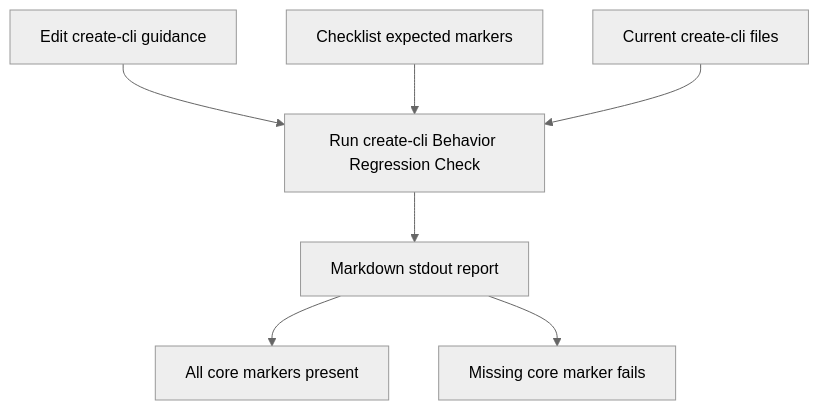
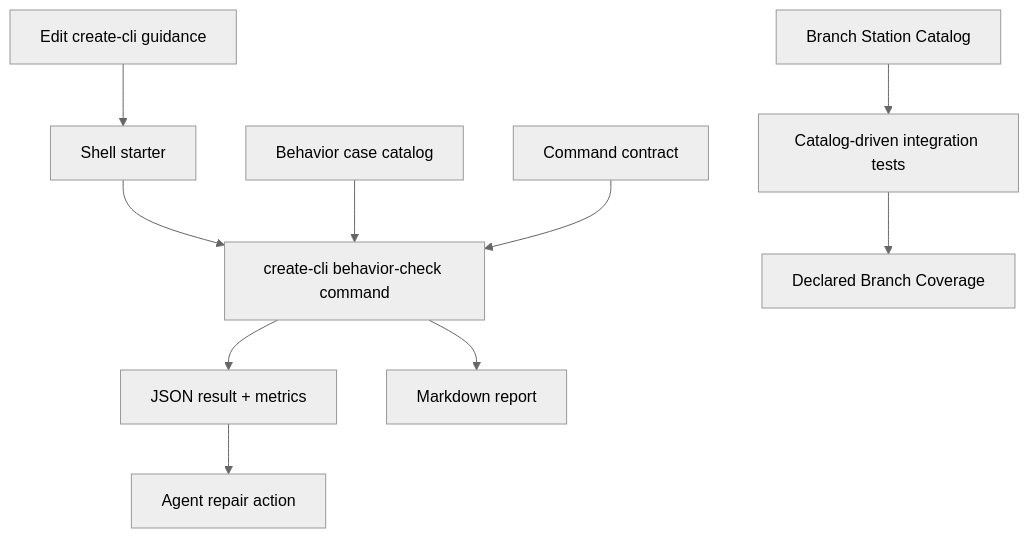
The diagram in docs/plans/2026-06-16-001-feat-create-cli-architecture-deepening-plan.md (nathanvale/claude-code-config), drawn with Mermaid (neutral theme) before and after one commit. The commit also changed other lines of this file and 49 other files, not shown here.

````diff
--- a/docs/plans/2026-06-16-001-feat-create-cli-architecture-deepening-plan.md
+++ b/docs/plans/2026-06-16-001-feat-create-cli-architecture-deepening-plan.md
@@ -59,9 +102,12 @@
 ```mermaid
 flowchart TB
-  Edit["Edit create-cli guidance"] --> Check["Run create-cli Behavior Regression Check"]
-  Checklist["Checklist expected markers"] --> Check
-  Files["Current create-cli files"] --> Check
-  Check --> Report["Markdown stdout report"]
-  Report --> Pass["All core markers present"]
-  Report --> Fail["Missing core marker fails"]
+  Edit["Edit create-cli guidance"] --> Starter["Shell starter"]
+  Starter --> CLI["create-cli behavior-check command"]
+  Catalog["Behavior case catalog"] --> CLI
+  Contract["Command contract"] --> CLI
+  Stations["Branch Station Catalog"] --> Tests["Catalog-driven integration tests"]
+  CLI --> JSON["JSON result + metrics"]
+  CLI --> Markdown["Markdown report"]
+  Tests --> Map["Declared Branch Coverage"]
+  JSON --> Repair["Agent repair action"]
 ```
````
